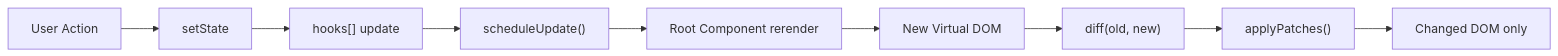
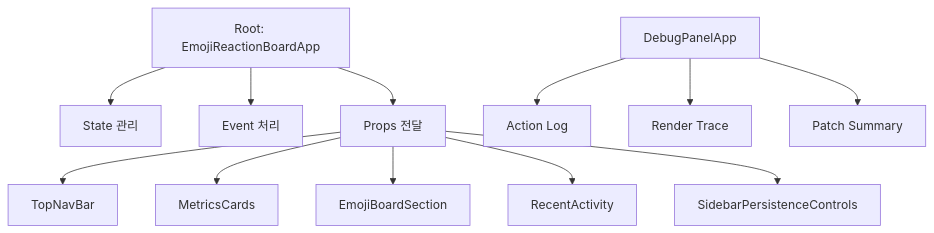
One commit to cloud-9-git/baby-react_260401 changed the first of 2 diagrams in README.md. Above: the diagram before and after it, drawn with Mermaid. The commit also changed other lines of this file, not shown here.

````diff
--- a/README.md
+++ b/README.md
@@ -19,11 +27,14 @@
 ```mermaid
-flowchart LR
-    A["User Action"] --> B["setState"]
-    B --> C["hooks[] update"]
-    C --> D["scheduleUpdate()"]
-    D --> E["Root Component rerender"]
-    E --> F["New Virtual DOM"]
-    F --> G["diff(old, new)"]
-    G --> H["applyPatches()"]
-    H --> I["Changed DOM only"]
+graph TD
+    A["Root: EmojiReactionBoardApp"] --> B["State 관리"]
+    A --> C["Event 처리"]
+    A --> D["Props 전달"]
+    D --> E["TopNavBar"]
+    D --> F["MetricsCards"]
+    D --> G["EmojiBoardSection"]
+    D --> H["RecentActivity"]
+    D --> I["SidebarPersistenceControls"]
+    J["DebugPanelApp"] --> K["Action Log"]
+    J --> L["Render Trace"]
+    J --> M["Patch Summary"]
 ```
````
